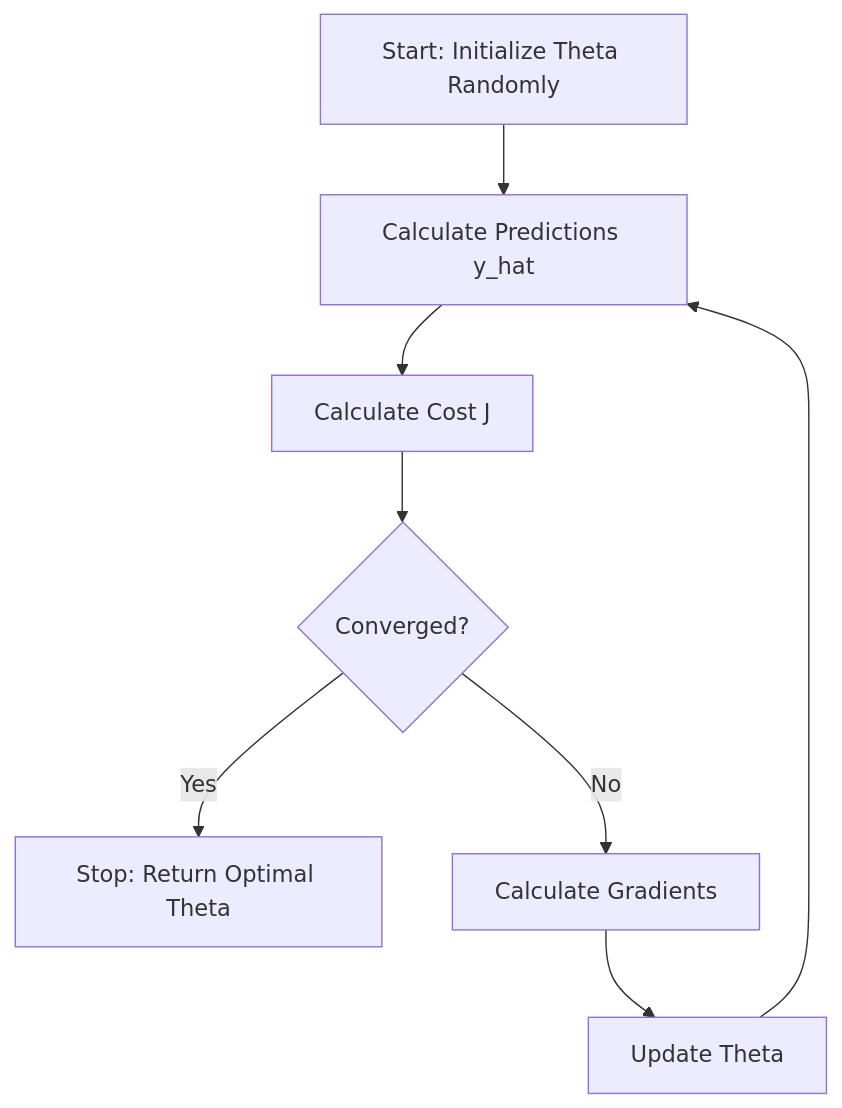
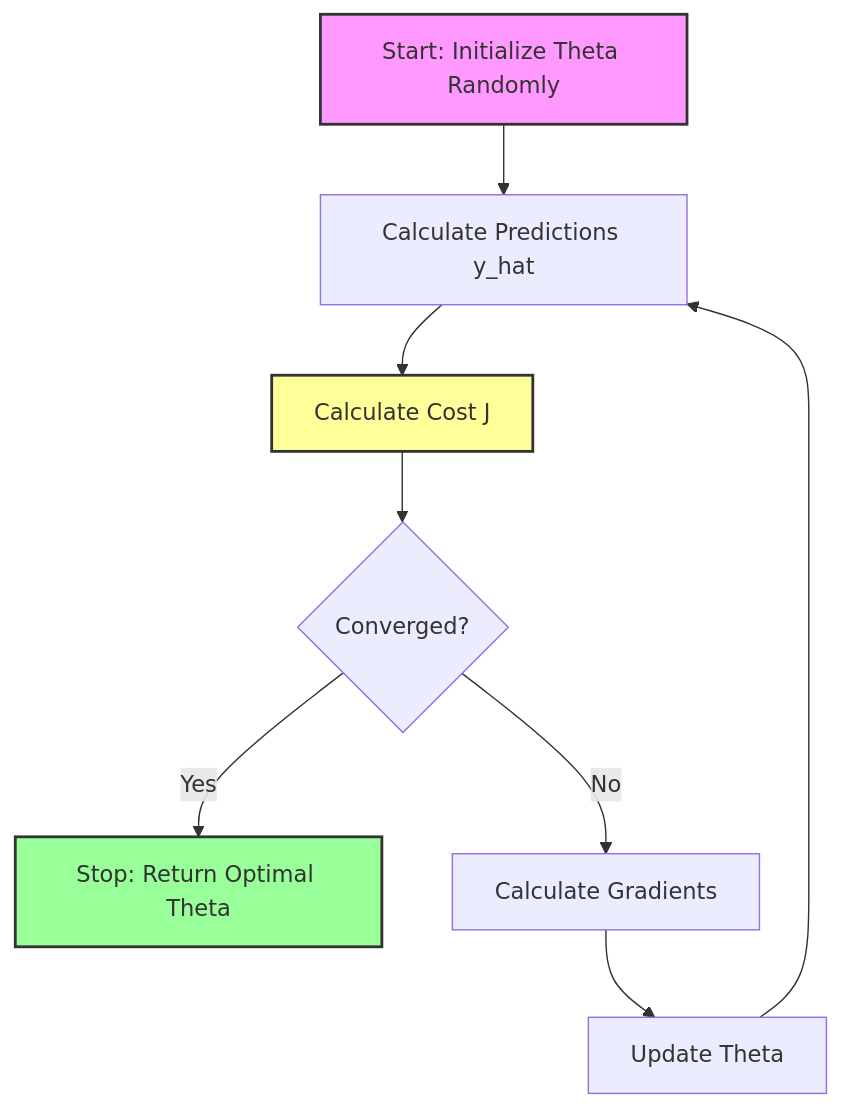
Before and after one commit to pm-devcode/AI-Foundations-Atlas: the diagram in 01_Classical_Machine_Learning/Regression/Linear_Regression_Simple/README.md, drawn with Mermaid. The commit also changed other lines of this file and 99 other files, not shown here.

````diff
--- a/01_Classical_Machine_Learning/Regression/Linear_Regression_Simple/README.md
+++ b/01_Classical_Machine_Learning/Regression/Linear_Regression_Simple/README.md
@@ -60,10 +48,14 @@
 ```mermaid
 graph TD
-    A[Start: Initialize Theta Randomly] --> B[Calculate Predictions y_hat]
-    B --> C[Calculate Cost J]
-    C --> D{Converged?}
-    D -- Yes --> E[Stop: Return Optimal Theta]
-    D -- No --> F[Calculate Gradients]
-    F --> G[Update Theta]
-    G --> B
+    Start[Start: Initialize Theta Randomly] --> Predict[Calculate Predictions y_hat]
+    Predict --> Cost[Calculate Cost J]
+    Cost --> Converged{Converged?}
+    Converged -- Yes --> Stop[Stop: Return Optimal Theta]
+    Converged -- No --> Gradients[Calculate Gradients]
+    Gradients --> Update[Update Theta]
+    Update --> Predict
+    
+    style Start fill:#f9f,stroke:#333,stroke-width:2px
+    style Stop fill:#9f9,stroke:#333,stroke-width:2px
+    style Cost fill:#ff9,stroke:#333,stroke-width:2px
 ```
````
